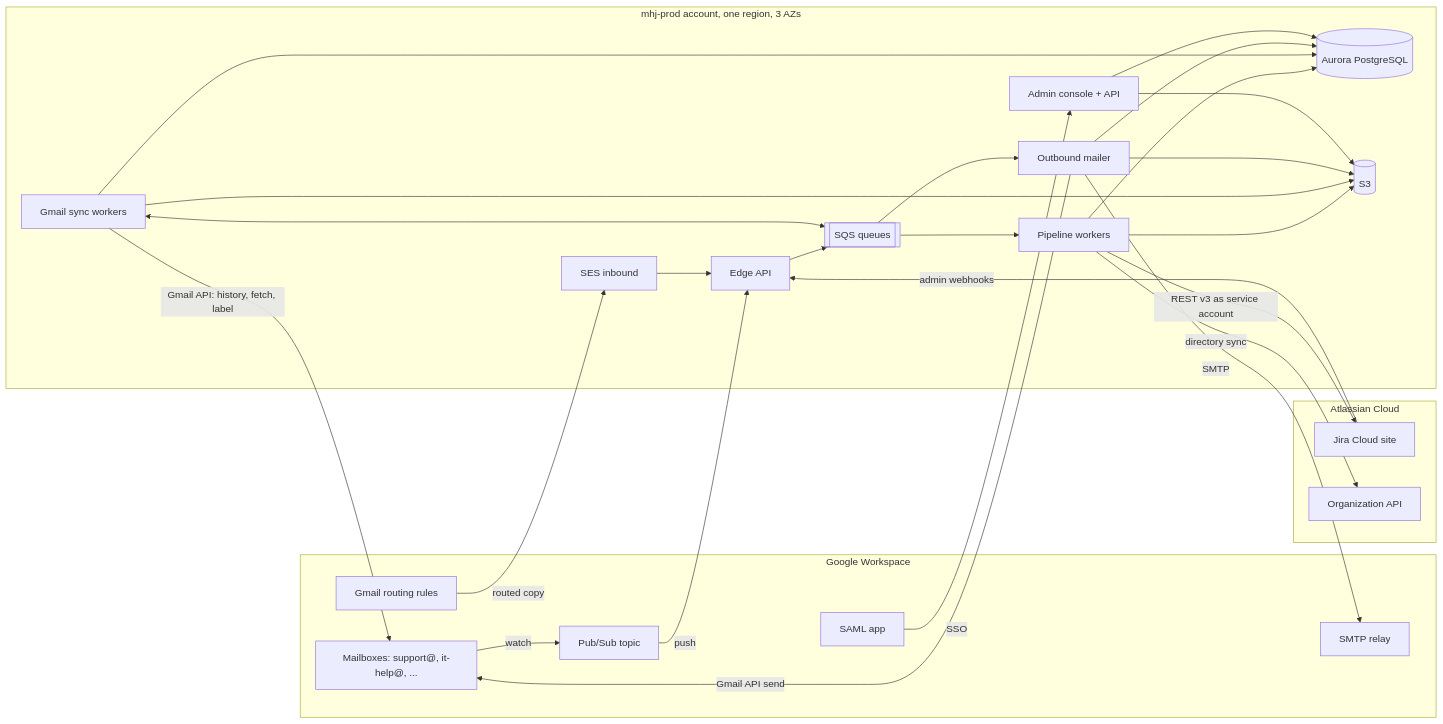
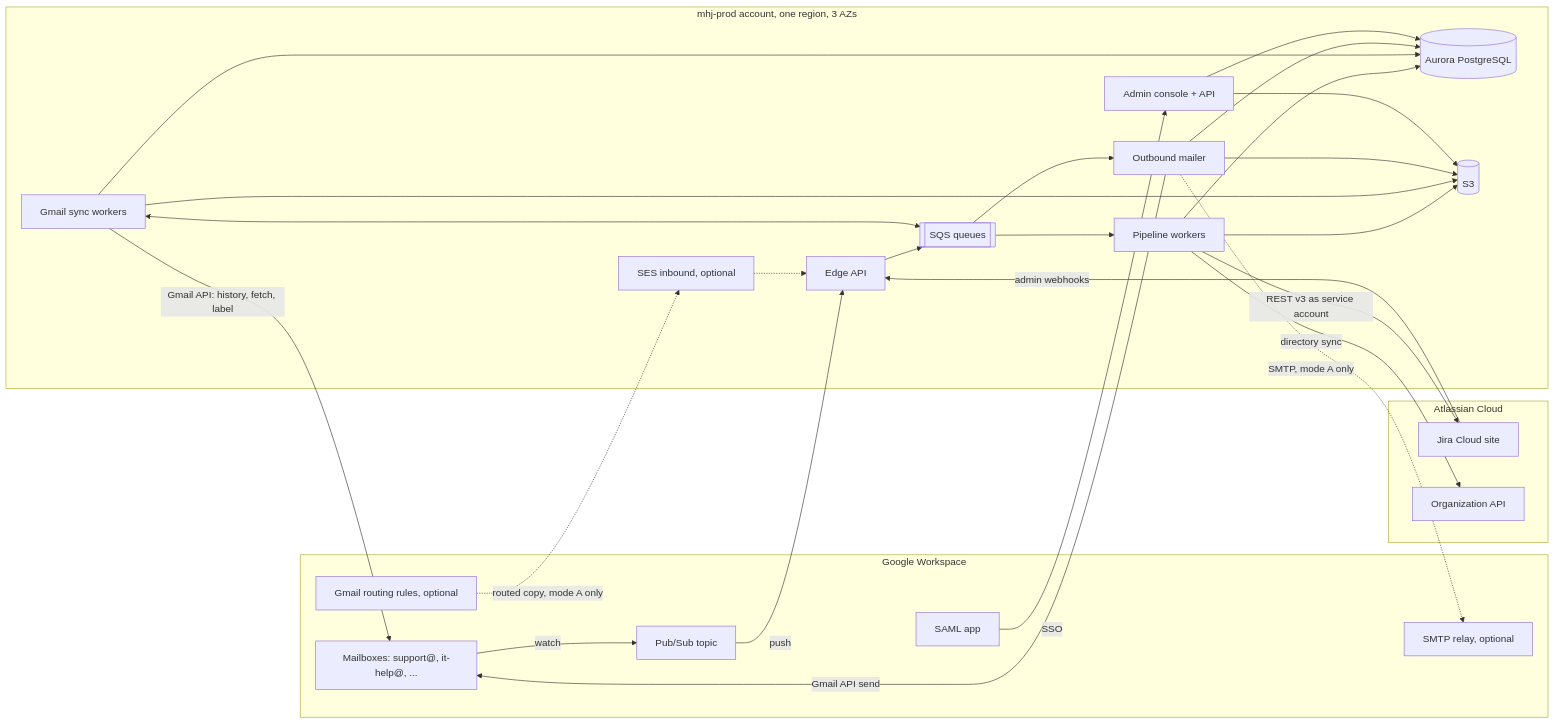
The first of 2 diagrams in _specs/jira-mail-handler/SPEC.md (papileks/papileks.github.io), drawn with Mermaid before and after one commit. The commit also changed other lines of this file, not shown here.

````diff
--- a/_specs/jira-mail-handler/SPEC.md
+++ b/_specs/jira-mail-handler/SPEC.md
@@ -195,38 +201,38 @@
 ```mermaid
 flowchart LR
   subgraph GW[Google Workspace]
     MB[Mailboxes: support@, it-help@, ...]
-    RT[Gmail routing rules]
+    RT[Gmail routing rules, optional]
     PS[Pub/Sub topic]
-    SR[SMTP relay]
+    SR[SMTP relay, optional]
     SAML[SAML app]
   end
   subgraph Atl[Atlassian Cloud]
     J[Jira Cloud site]
     AA[Organization API]
   end
   subgraph AWS[mhj-prod account, one region, 3 AZs]
-    SES[SES inbound]
+    SES[SES inbound, optional]
     E[Edge API]
     C[Gmail sync workers]
     P[Pipeline workers]
     O[Outbound mailer]
     UI[Admin console + API]
     DB[(Aurora PostgreSQL)]
     S3[(S3)]
     Q[[SQS queues]]
   end
   MB -- watch --> PS -- push --> E
   C -- Gmail API: history, fetch, label --> MB
-  RT -- routed copy --> SES --> E
+  RT -. routed copy, mode A only .-> SES -.-> E
   E --> Q --> P
   C <--> Q
   P -- REST v3 as service account --> J
   P -- directory sync --> AA
   J -- admin webhooks --> E
   Q --> O
   O -- Gmail API send --> MB
-  O -- SMTP --> SR
+  O -. SMTP, mode A only .-> SR
   SAML -- SSO --> UI
   P & C & O & UI --> DB & S3
 ```
````
